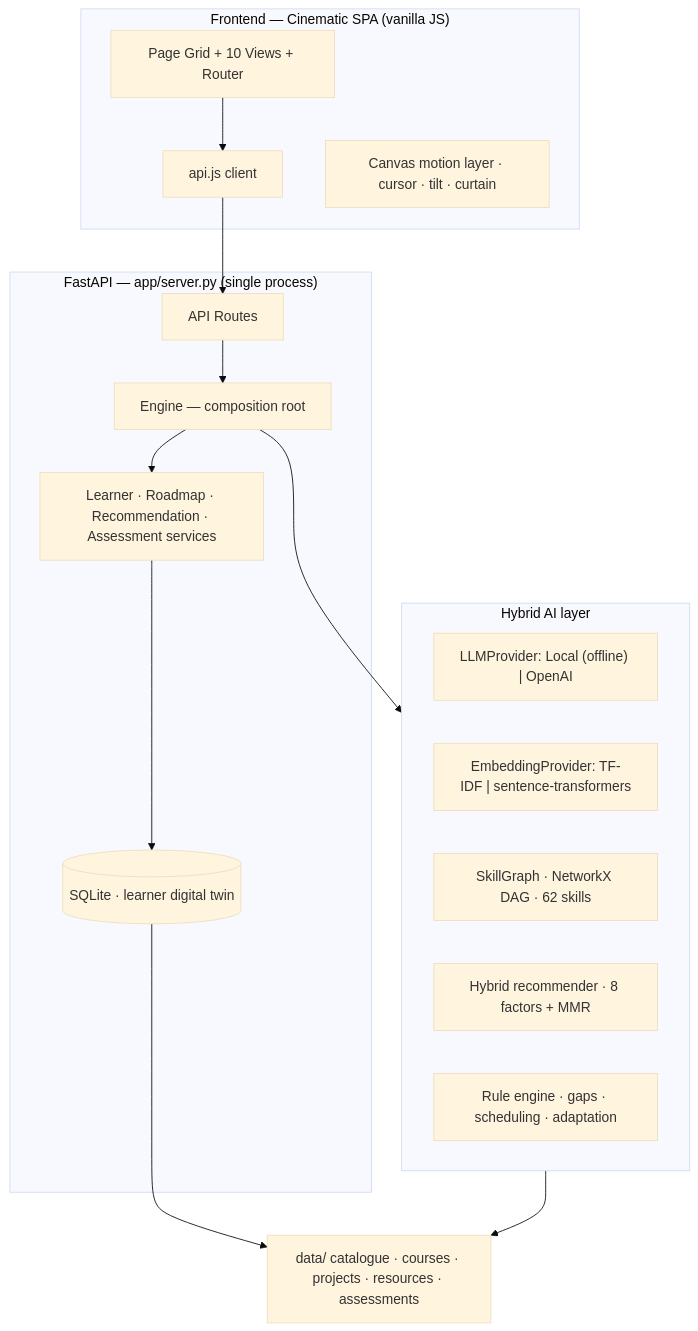
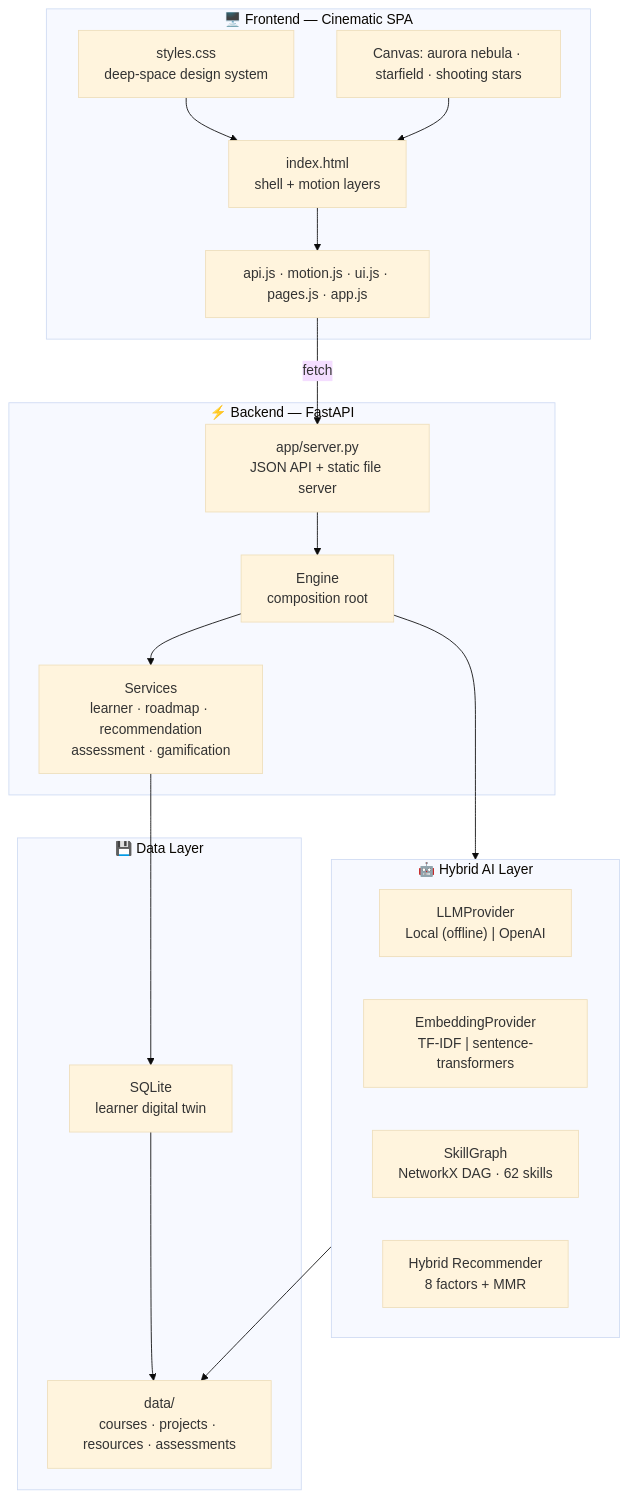
One commit to rishabhverma007/LearnPath-AI changed the second of 4 diagrams in README.md. Above: the diagram before and after it, drawn with Mermaid (base theme). The commit also changed other lines of this file, not shown here.

First line of the commit message:
docs: rewrite README with mermaid flowcharts and clean structure

````diff
--- a/README.md
+++ b/README.md
@@ -85,23 +119,38 @@
 ```mermaid
 flowchart TB
-    subgraph Client["Frontend — Cinematic SPA (vanilla JS)"]
-        UI[Page Grid + 10 Views + Router] --> API[api.js client]
-        MOTION[Canvas motion layer · cursor · tilt · curtain]
+    subgraph Frontend["🖥️ Frontend — Cinematic SPA"]
+        HTML["index.html<br/>shell + motion layers"]
+        CSS["styles.css<br/>deep-space design system"]
+        JS["api.js · motion.js · ui.js · pages.js · app.js"]
+        Canvas["Canvas: aurora nebula · starfield · shooting stars"]
     end
-    subgraph Server["FastAPI — app/server.py (single process)"]
-        API --> ROUTES[API Routes]
-        ROUTES --> ENGINE[Engine — composition root]
-        ENGINE --> SVCS[Learner · Roadmap · Recommendation · Assessment services]
-        SVCS --> DB[(SQLite · learner digital twin)]
+
+    subgraph Backend["⚡ Backend — FastAPI"]
+        API["app/server.py<br/>JSON API + static file server"]
+        Services["Services<br/>learner · roadmap · recommendation<br/>assessment · gamification"]
+        Engine["Engine<br/>composition root"]
     end
-    subgraph AI["Hybrid AI layer"]
-        LLM["LLMProvider: Local (offline) | OpenAI"]
-        EMB["EmbeddingProvider: TF-IDF | sentence-transformers"]
-        GRAPH[SkillGraph · NetworkX DAG · 62 skills]
-        REC[Hybrid recommender · 8 factors + MMR]
-        RULES[Rule engine · gaps · scheduling · adaptation]
+
+    subgraph AI["🤖 Hybrid AI Layer"]
+        LLM["LLMProvider<br/>Local (offline) | OpenAI"]
+        Embed["EmbeddingProvider<br/>TF-IDF | sentence-transformers"]
+        Graph["SkillGraph<br/>NetworkX DAG · 62 skills"]
+        Rec["Hybrid Recommender<br/>8 factors + MMR"]
     end
-    ENGINE --> AI
-    AI --> CAT[data/ catalogue · courses · projects · resources · assessments]
-    DB --> CAT
+
+    subgraph Data["💾 Data Layer"]
+        SQLite["SQLite<br/>learner digital twin"]
+        Catalog["data/<br/>courses · projects · resources · assessments"]
+    end
+
+    HTML --> JS
+    CSS --> HTML
+    Canvas --> HTML
+    JS -->|fetch| API
+    API --> Engine
+    Engine --> Services
+    Engine --> AI
+    Services --> SQLite
+    AI --> Catalog
+    SQLite --> Catalog
 ```
````
